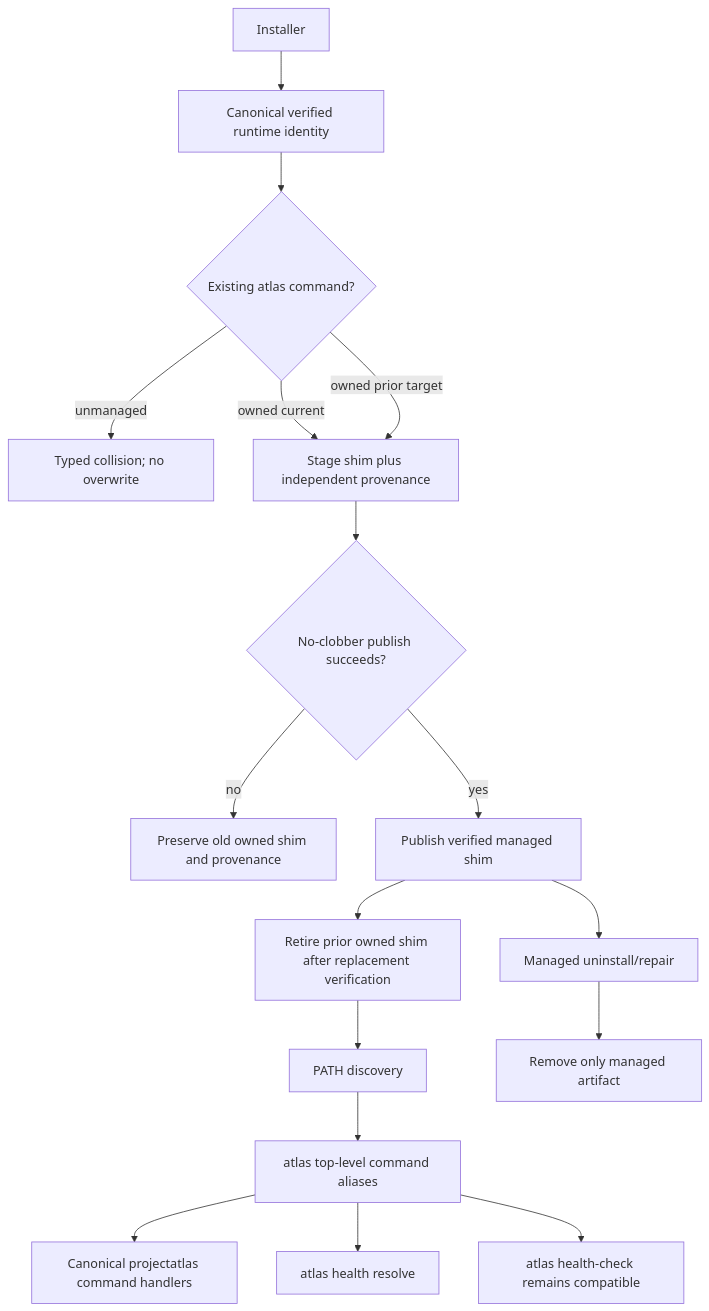
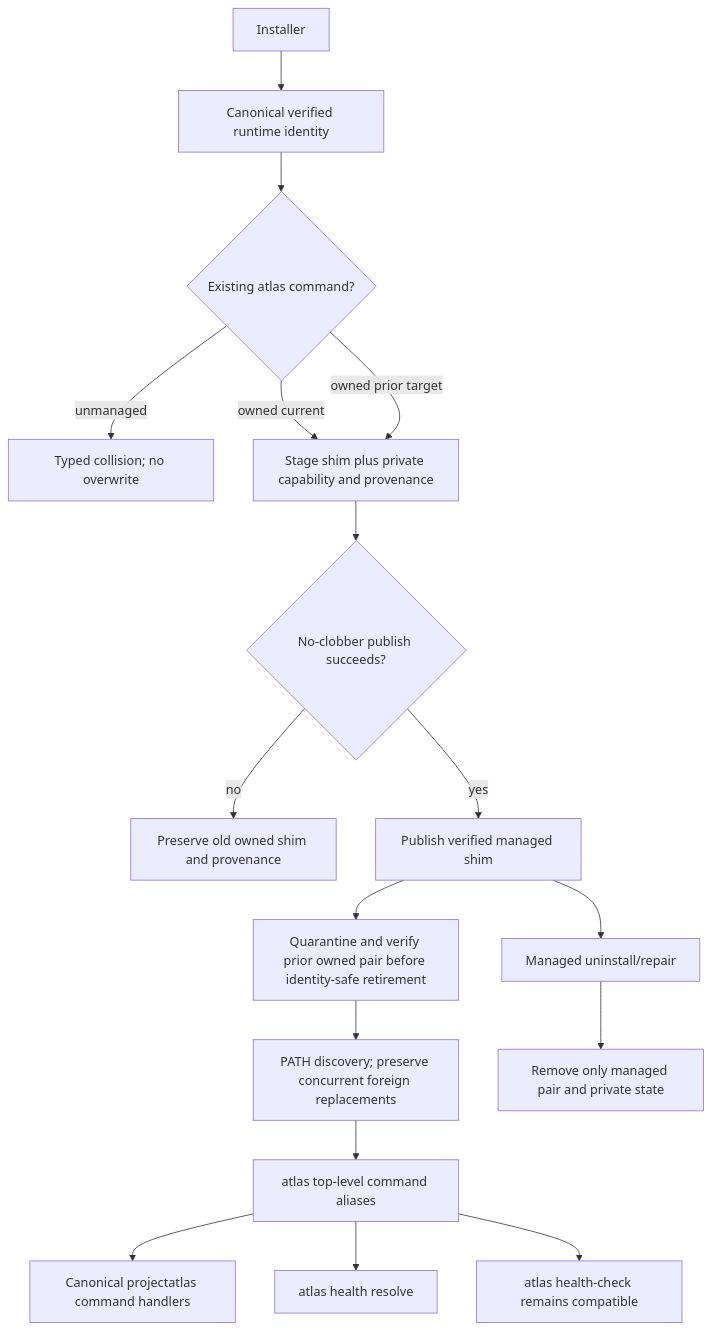
Before and after one commit to styler-ai/ProjectAtlas: diagram 27 of 28 in docs/v050-release-architecture.md, drawn with Mermaid. The commit also changed 5 other files, not shown here.

````diff
--- a/docs/v050-release-architecture.md
+++ b/docs/v050-release-architecture.md
@@ -428,19 +428,19 @@
 ```mermaid
 flowchart TB
   installer[Installer] --> identity[Canonical verified runtime identity]
   identity --> collision{Existing atlas command?}
   collision -->|unmanaged| reject[Typed collision; no overwrite]
-  collision -->|owned current| stage[Stage shim plus independent provenance]
+  collision -->|owned current| stage[Stage shim plus private capability and provenance]
   collision -->|owned prior target| stage
   stage --> publish{No-clobber publish succeeds?}
   publish -->|no| preserve[Preserve old owned shim and provenance]
   publish -->|yes| shim[Publish verified managed shim]
-  shim --> migrate[Retire prior owned shim after replacement verification]
-  migrate --> discover[PATH discovery]
+  shim --> migrate[Quarantine and verify prior owned pair before identity-safe retirement]
+  migrate --> discover[PATH discovery; preserve concurrent foreign replacements]
   discover --> aliases[atlas top-level command aliases]
   aliases --> canonical[Canonical projectatlas command handlers]
   aliases --> resolve[atlas health resolve]
   aliases --> legacy[atlas health-check remains compatible]
   shim --> uninstall[Managed uninstall/repair]
-  uninstall --> clean[Remove only managed artifact]
+  uninstall --> clean[Remove only managed pair and private state]
 ```
````
